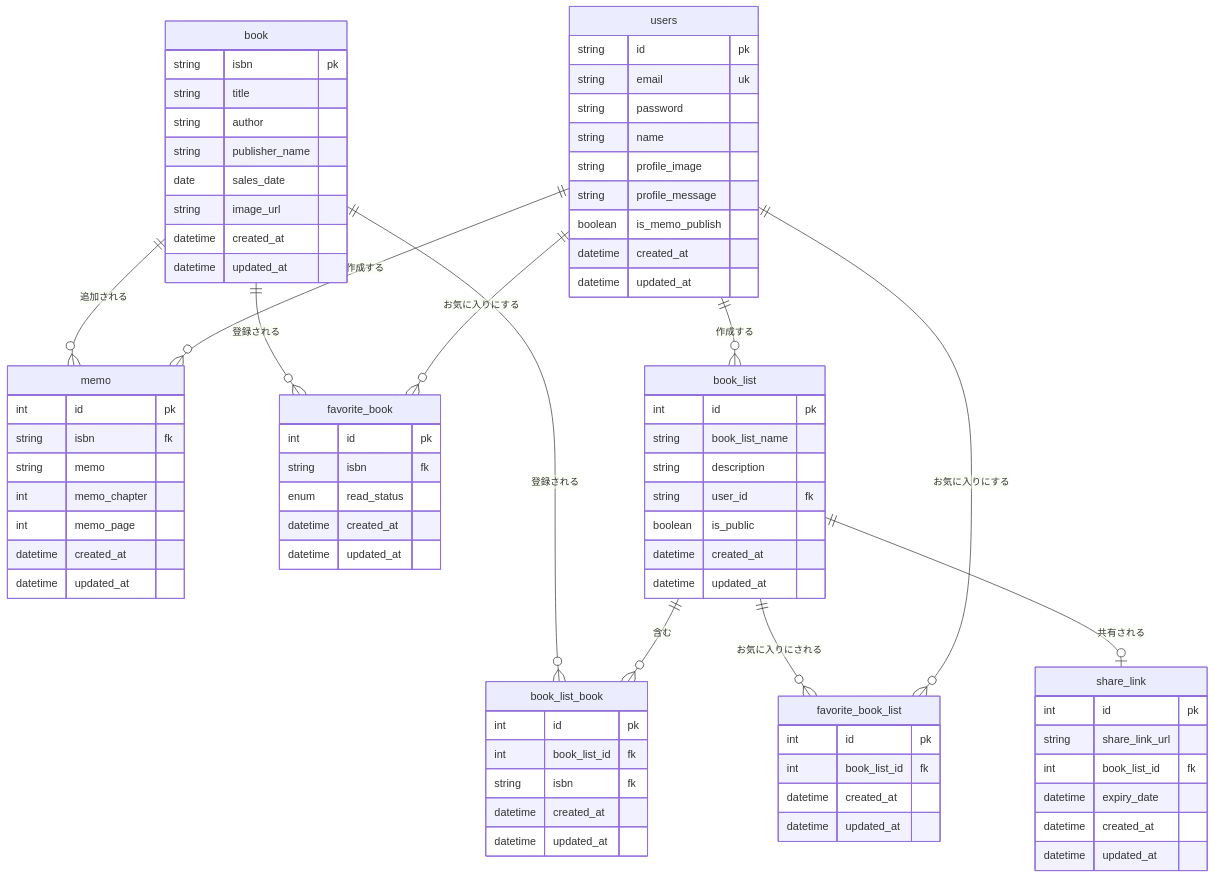
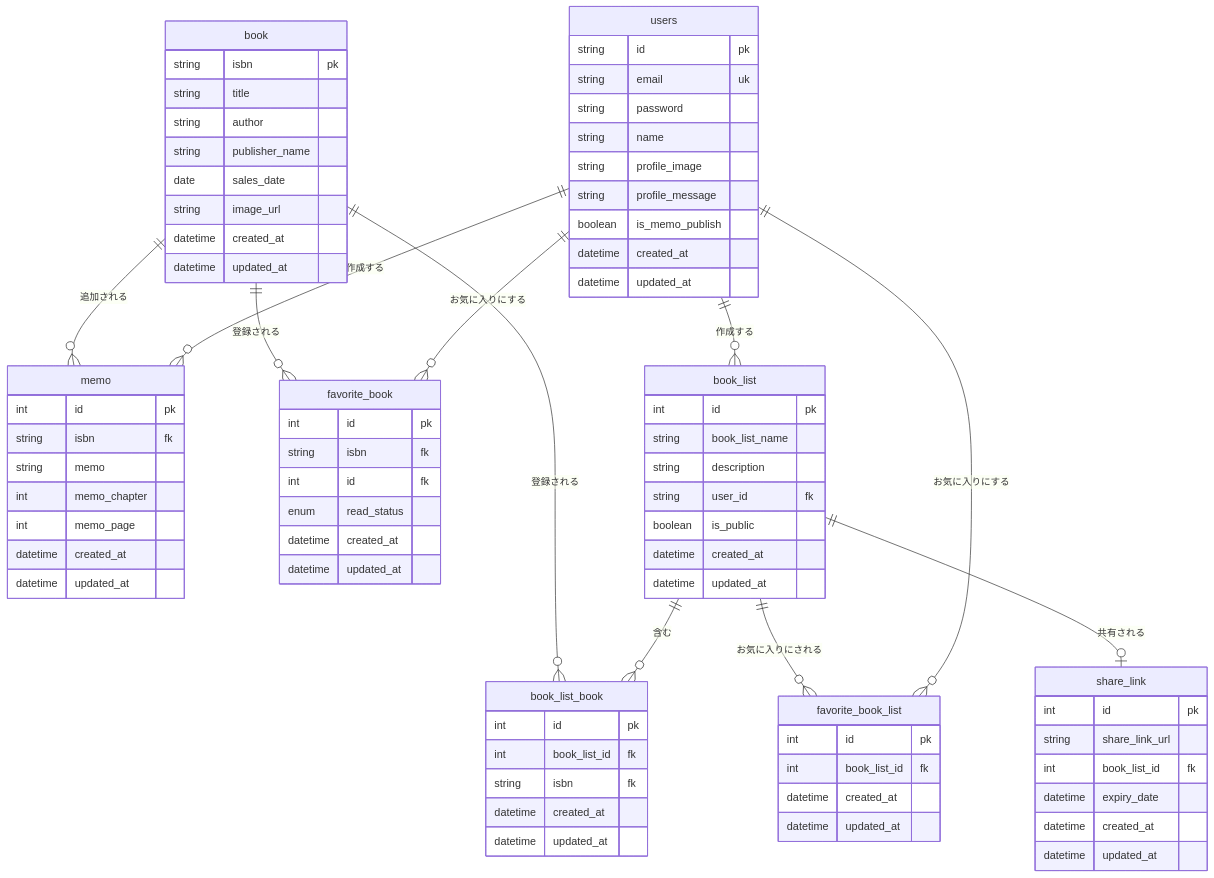
Before and after one commit to ar4rpon/minelibrary: the diagram in _docs/ER.md, drawn with Mermaid. The commit also changed 2 other files, not shown here.

Commit message:
feat:FavoriteBookメソッド追加 マイグレーション修正 #46

```diff
--- a/_docs/ER.md
+++ b/_docs/ER.md
@@ -36,6 +36,7 @@
 favorite_book {
 int id pk
 string isbn fk
+int id fk
 enum read_status
 datetime created_at
 datetime updated_at
```
